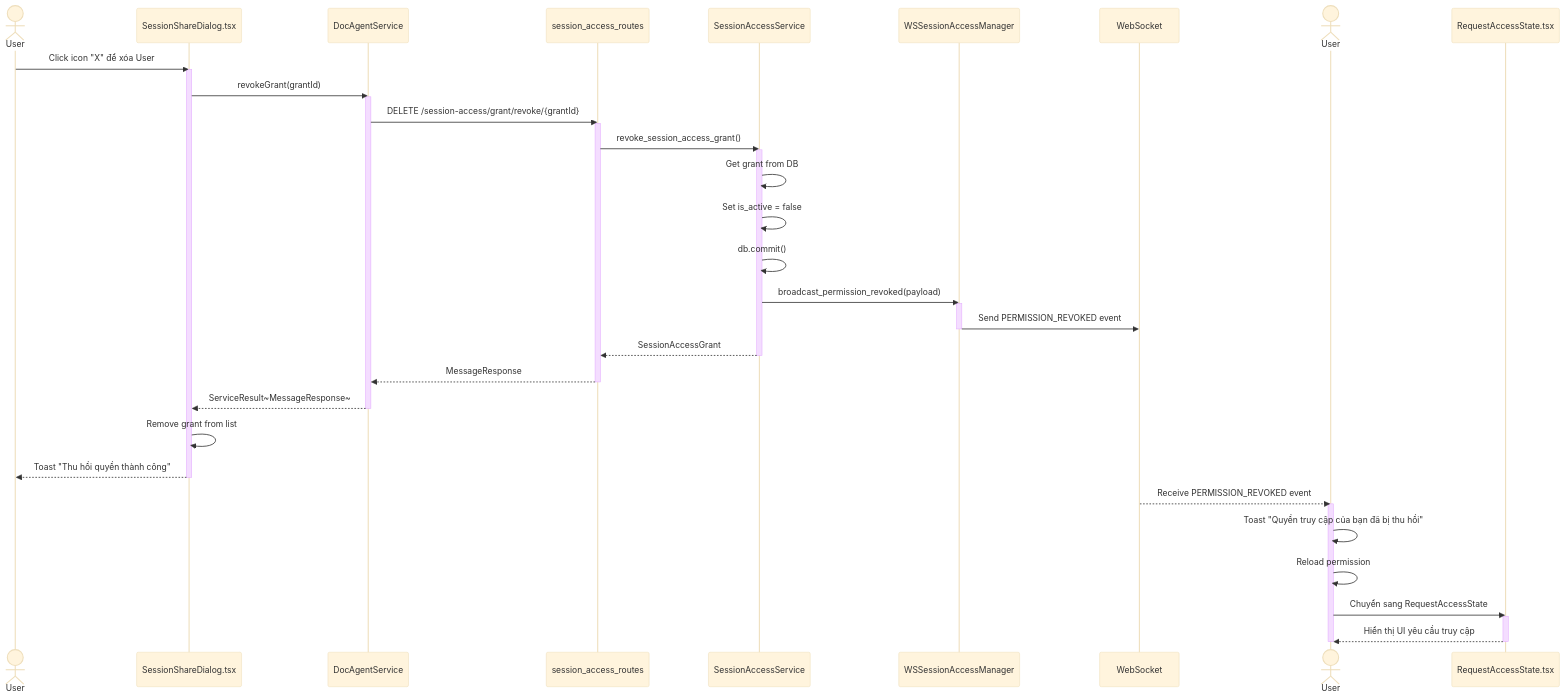
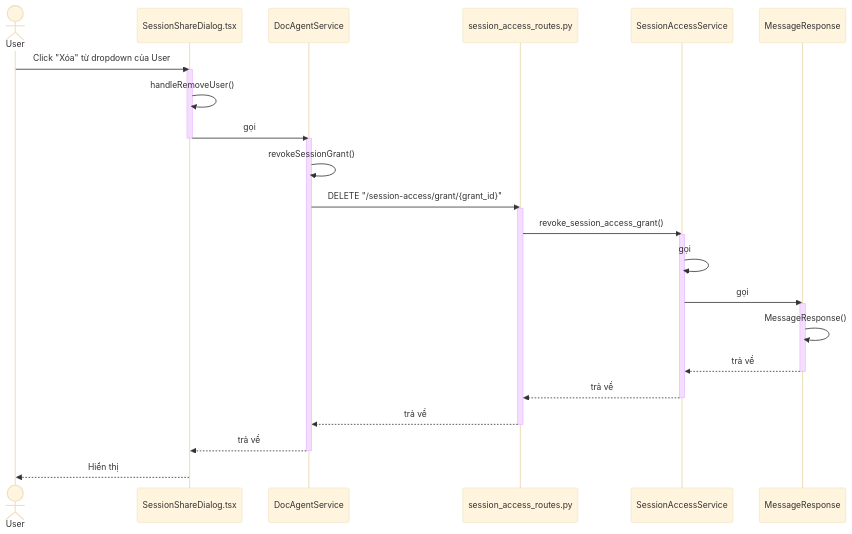
Before and after one commit to mduc-2610/gp_doc: the third of 9 diagrams in session_access/4_session_access_seq.md, drawn with Mermaid (base theme). The commit also changed other lines of this file and 34 other files, not shown here.

````diff
--- a/session_access/4_session_access_seq.md
+++ b/session_access/4_session_access_seq.md
@@ -157,52 +192,43 @@
 ```mermaid
 sequenceDiagram
-    actor User1 as User
-    participant ShareModal as SessionShareDialog.tsx
+    actor User
+    participant SessionShareDialog as SessionShareDialog.tsx
     participant DocAgentService as DocAgentService
-    participant SessionAccessRoutes as session_access_routes
+    participant SessionAccessRoutes as session_access_routes.py
     participant SessionAccessService as SessionAccessService
-    participant WSManager as WSSessionAccessManager
-    participant WebSocket as WebSocket
-    actor User2 as User
-    participant RequestAccessState as RequestAccessState.tsx
+    participant MessageResponse as MessageResponse
 
-    User1->>ShareModal: Click icon "X" để xóa User
-    activate ShareModal
+    User->>SessionShareDialog: Click "Xóa" từ dropdown của User
+    activate SessionShareDialog
     
-    ShareModal->>DocAgentService: revokeGrant(grantId)
+    SessionShareDialog->>SessionShareDialog: handleRemoveUser()
+    SessionShareDialog->>DocAgentService: gọi
+    deactivate SessionShareDialog
     activate DocAgentService
-    DocAgentService->>SessionAccessRoutes: DELETE /session-access/grant/revoke/{grantId}
+    
+    DocAgentService->>DocAgentService: revokeSessionGrant()
+    DocAgentService->>SessionAccessRoutes: DELETE "/session-access/grant/{grant_id}"
     activate SessionAccessRoutes
+    
     SessionAccessRoutes->>SessionAccessService: revoke_session_access_grant()
     activate SessionAccessService
     
-    SessionAccessService->>SessionAccessService: Get grant from DB
-    SessionAccessService->>SessionAccessService: Set is_active = false
-    SessionAccessService->>SessionAccessService: db.commit()
+    SessionAccessService->>SessionAccessService: gọi
+    SessionAccessService->>MessageResponse: gọi
+    activate MessageResponse
     
-    SessionAccessService->>WSManager: broadcast_permission_revoked(payload)
-    activate WSManager
-    WSManager->>WebSocket: Send PERMISSION_REVOKED event
-    deactivate WSManager
+    MessageResponse->>MessageResponse: MessageResponse()
+    MessageResponse-->>SessionAccessService: trả về
+    deactivate MessageResponse
     
-    SessionAccessService-->>SessionAccessRoutes: SessionAccessGrant
+    SessionAccessService-->>SessionAccessRoutes: trả về
     deactivate SessionAccessService
-    SessionAccessRoutes-->>DocAgentService: MessageResponse
+    
+    SessionAccessRoutes-->>DocAgentService: trả về
     deactivate SessionAccessRoutes
-    DocAgentService-->>ShareModal: ServiceResult~MessageResponse~
+    
+    DocAgentService-->>SessionShareDialog: trả về
     deactivate DocAgentService
     
-    ShareModal->>ShareModal: Remove grant from list
-    ShareModal-->>User1: Toast "Thu hồi quyền thành công"
-    deactivate ShareModal
-    
-    WebSocket-->>User2: Receive PERMISSION_REVOKED event
-    activate User2
-    User2->>User2: Toast "Quyền truy cập của bạn đã bị thu hồi"
-    User2->>User2: Reload permission
-    User2->>RequestAccessState: Chuyển sang RequestAccessState
-    activate RequestAccessState
-    RequestAccessState-->>User2: Hiển thị UI yêu cầu truy cập
-    deactivate RequestAccessState
-    deactivate User2
+    SessionShareDialog-->>User: Hiển thị
 ```
````
